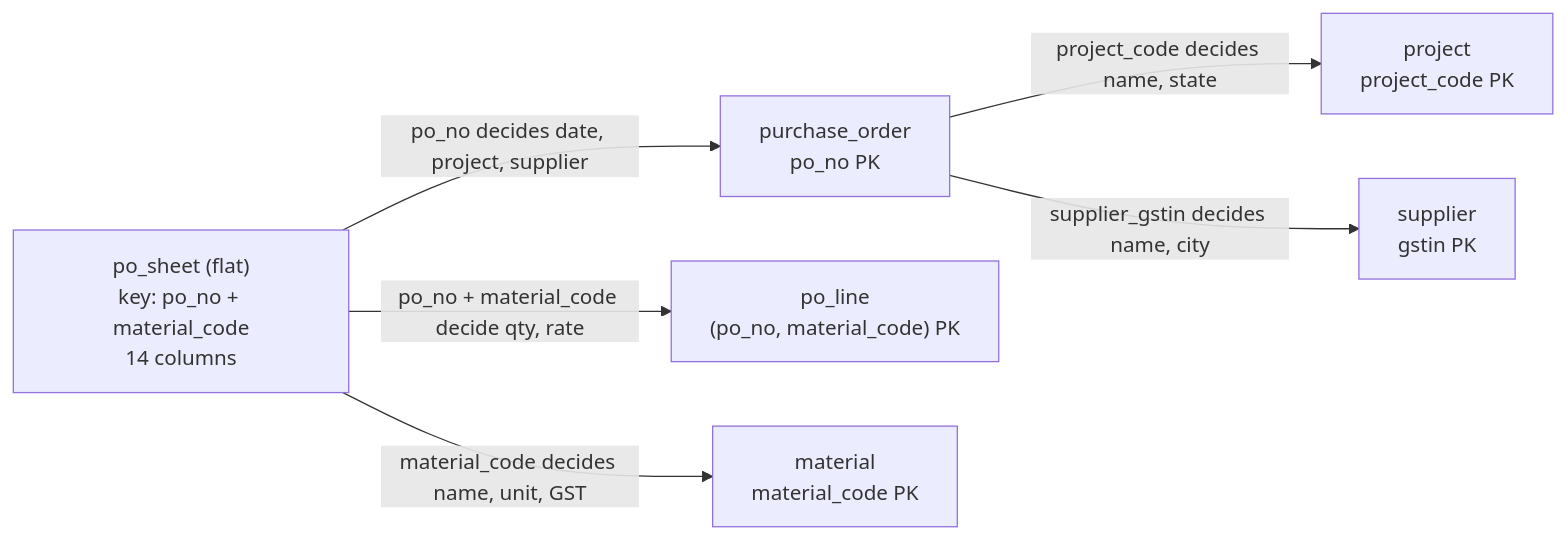
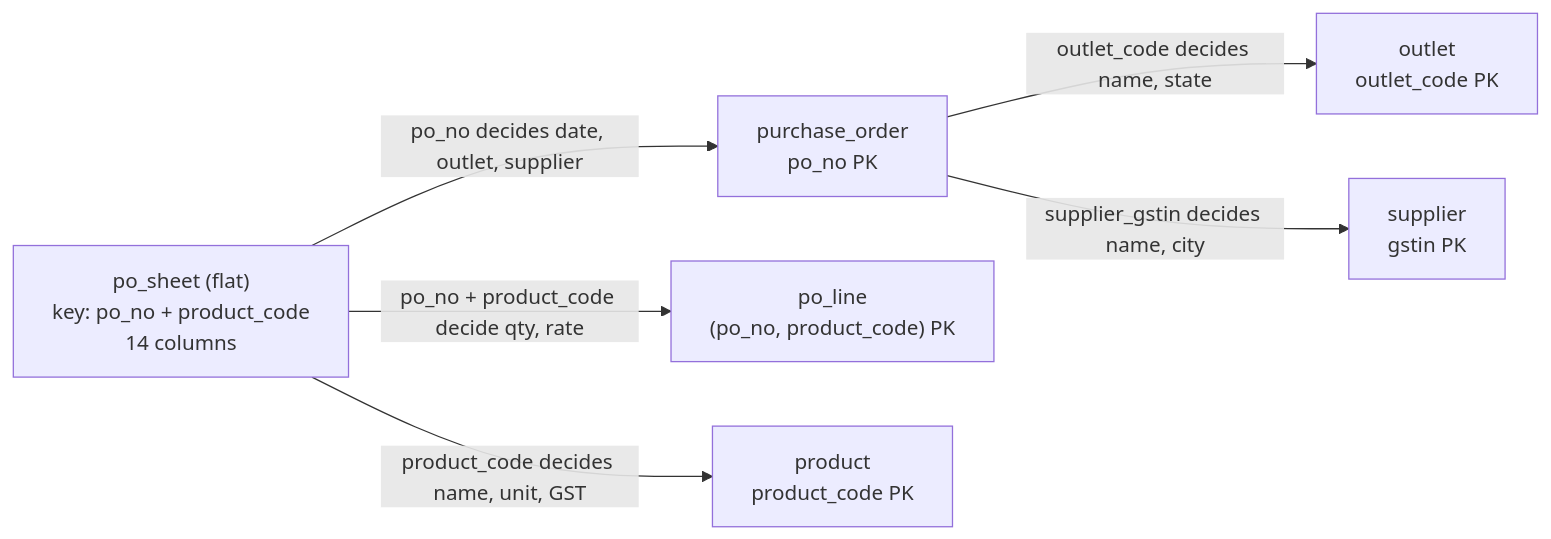
Before and after one commit to rizwi0786/system-design-lab: the first of 3 diagrams in content/lessons/m09/m09-normalization.md, drawn with Mermaid. The commit also changed other lines of this file and 334 other files, not shown here.

````diff
--- a/content/lessons/m09/m09-normalization.md
+++ b/content/lessons/m09/m09-normalization.md
@@ -142,8 +142,8 @@
 ```mermaid
 flowchart LR
-    Sheet["po_sheet (flat)<br/>key: po_no + material_code<br/>14 columns"] -->|"po_no decides date, project, supplier"| PO["purchase_order<br/>po_no PK"]
-    Sheet -->|"po_no + material_code decide qty, rate"| Line["po_line<br/>(po_no, material_code) PK"]
-    Sheet -->|"material_code decides name, unit, GST"| Mat["material<br/>material_code PK"]
-    PO -->|"project_code decides name, state"| Proj["project<br/>project_code PK"]
+    Sheet["po_sheet (flat)<br/>key: po_no + product_code<br/>14 columns"] -->|"po_no decides date, outlet, supplier"| PO["purchase_order<br/>po_no PK"]
+    Sheet -->|"po_no + product_code decide qty, rate"| Line["po_line<br/>(po_no, product_code) PK"]
+    Sheet -->|"product_code decides name, unit, GST"| Mat["product<br/>product_code PK"]
+    PO -->|"outlet_code decides name, state"| Proj["outlet<br/>outlet_code PK"]
     PO -->|"supplier_gstin decides name, city"| Sup["supplier<br/>gstin PK"]
 ```
````
